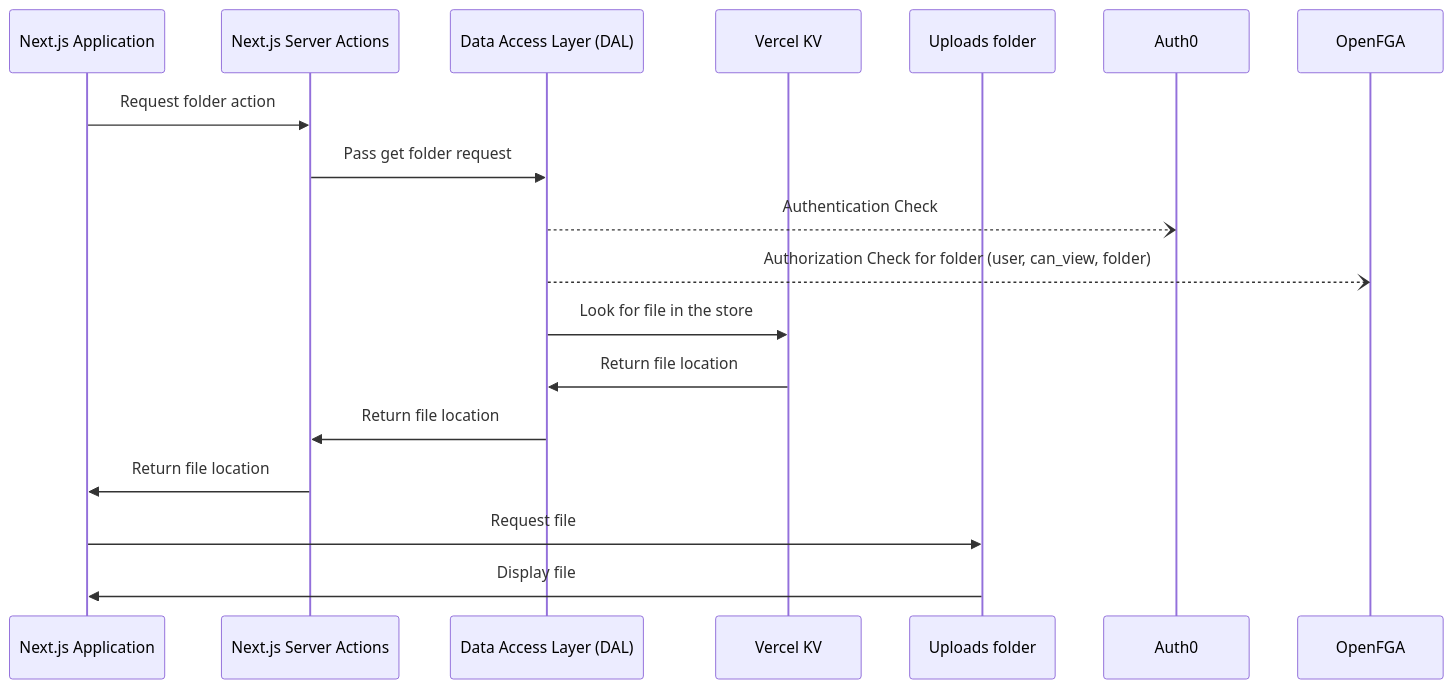
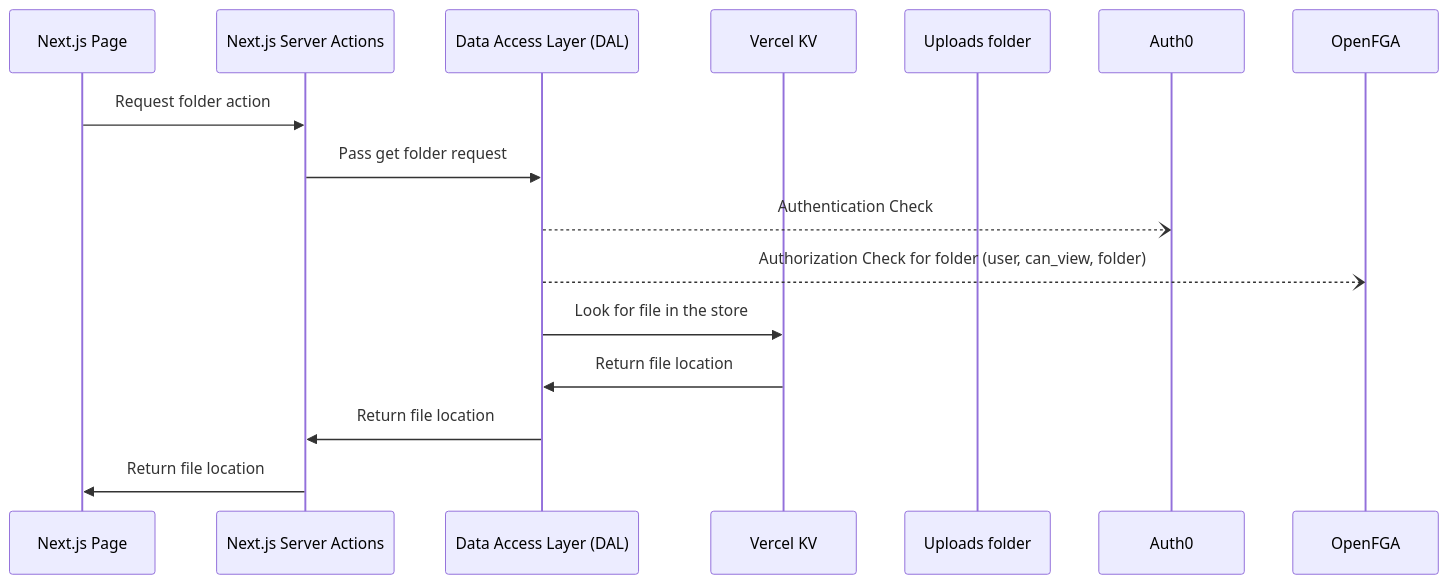
Before and after one commit to oktadev/fga-drive-example: the fifth of 8 diagrams in README.md, drawn with Mermaid. The commit also changed other lines of this file, not shown here.

Commit message:
Fix architecture schemas in the readme

````diff
--- a/README.md
+++ b/README.md
@@ -280,20 +280,18 @@
 ```mermaid
 sequenceDiagram;
-  participant Next.js Application
+  participant Next.js Page
   participant Next.js Server Actions
   participant Data Access Layer (DAL)
   participant Vercel KV
   participant Uploads folder
   participant Auth0
   participant OpenFGA
-  Next.js Application->>Next.js Server Actions: Request folder action
+  Next.js Page->>Next.js Server Actions: Request folder action
   Next.js Server Actions->>Data Access Layer (DAL): Pass get folder request
   Data Access Layer (DAL)--)Auth0: Authentication Check
   Data Access Layer (DAL)--)OpenFGA: Authorization Check for folder (user, can_view, folder)
   Data Access Layer (DAL)->>Vercel KV: Look for file in the store
   Vercel KV->>Data Access Layer (DAL): Return file location
   Data Access Layer (DAL)->>Next.js Server Actions: Return file location
-  Next.js Server Actions->>Next.js Application: Return file location
-  Next.js Application->>Uploads folder: Request file
-  Uploads folder->>Next.js Application: Display file
+  Next.js Server Actions->>Next.js Page: Return file location
 ```
````
